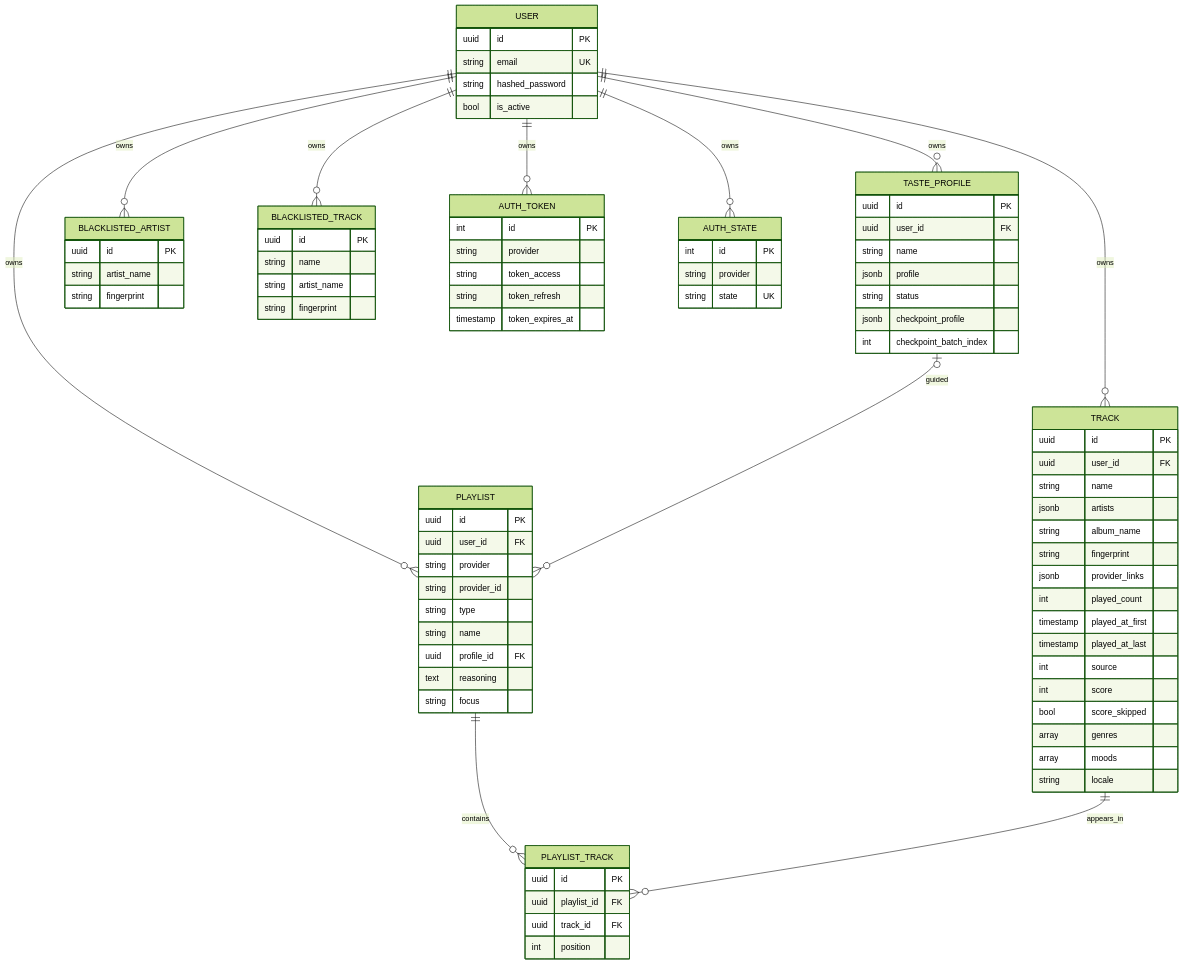
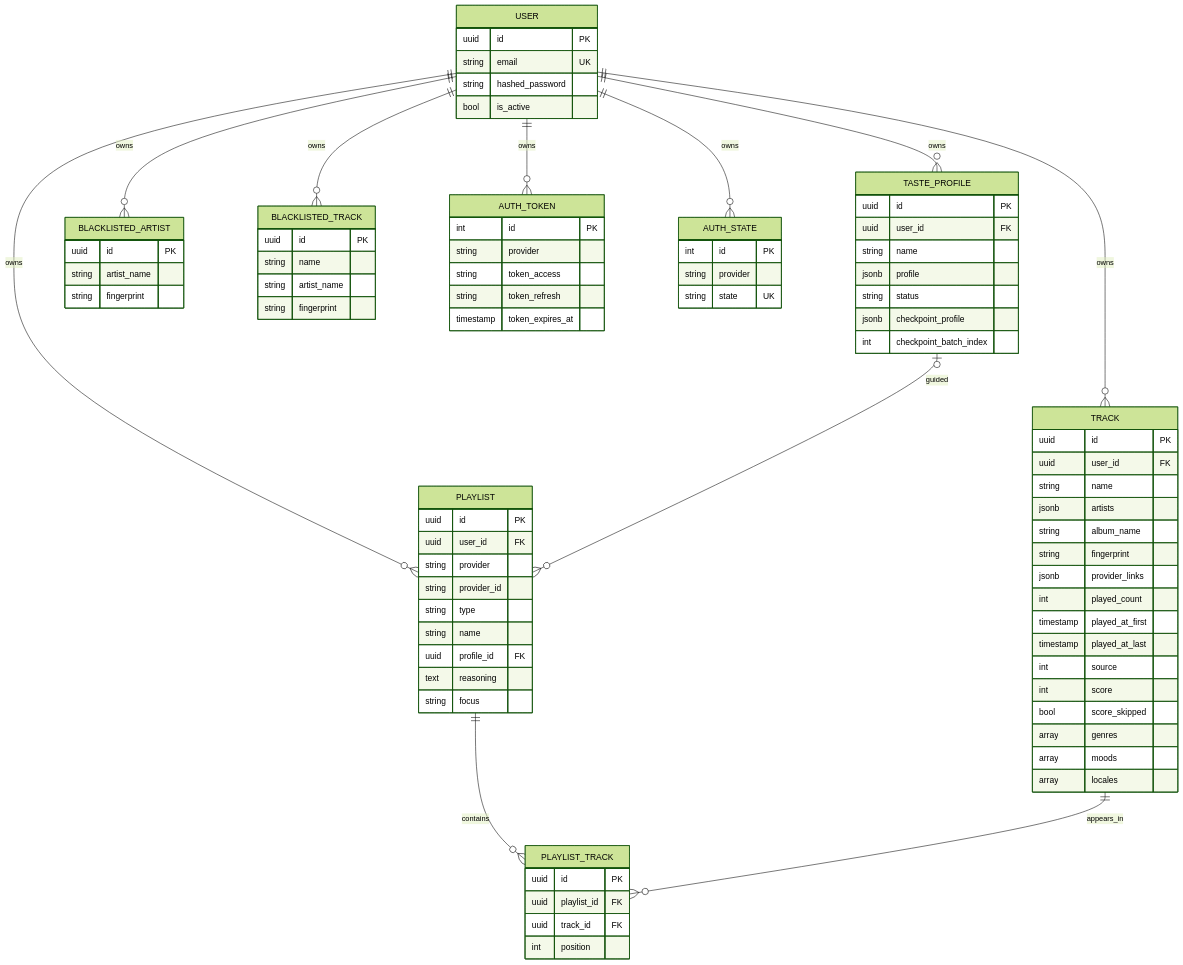
Before and after one commit to ychab/museflow: the diagram in docs/technical/data-model.md, drawn with Mermaid (forest theme). The commit also changed other lines of this file and 32 other files, not shown here.

```diff
--- a/docs/technical/data-model.md
+++ b/docs/technical/data-model.md
@@ -37,7 +37,7 @@
         bool score_skipped
         array genres
         array moods
-        string locale
+        array locales
     }
     PLAYLIST {
         uuid id PK
```
